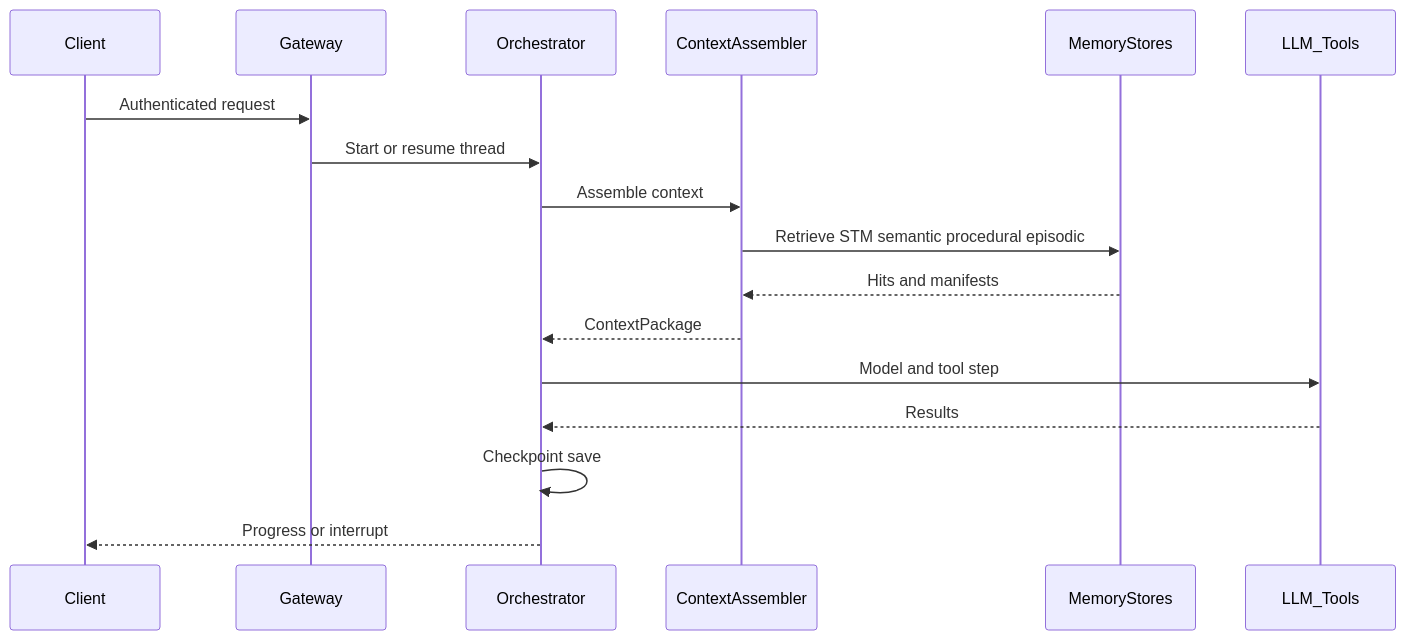
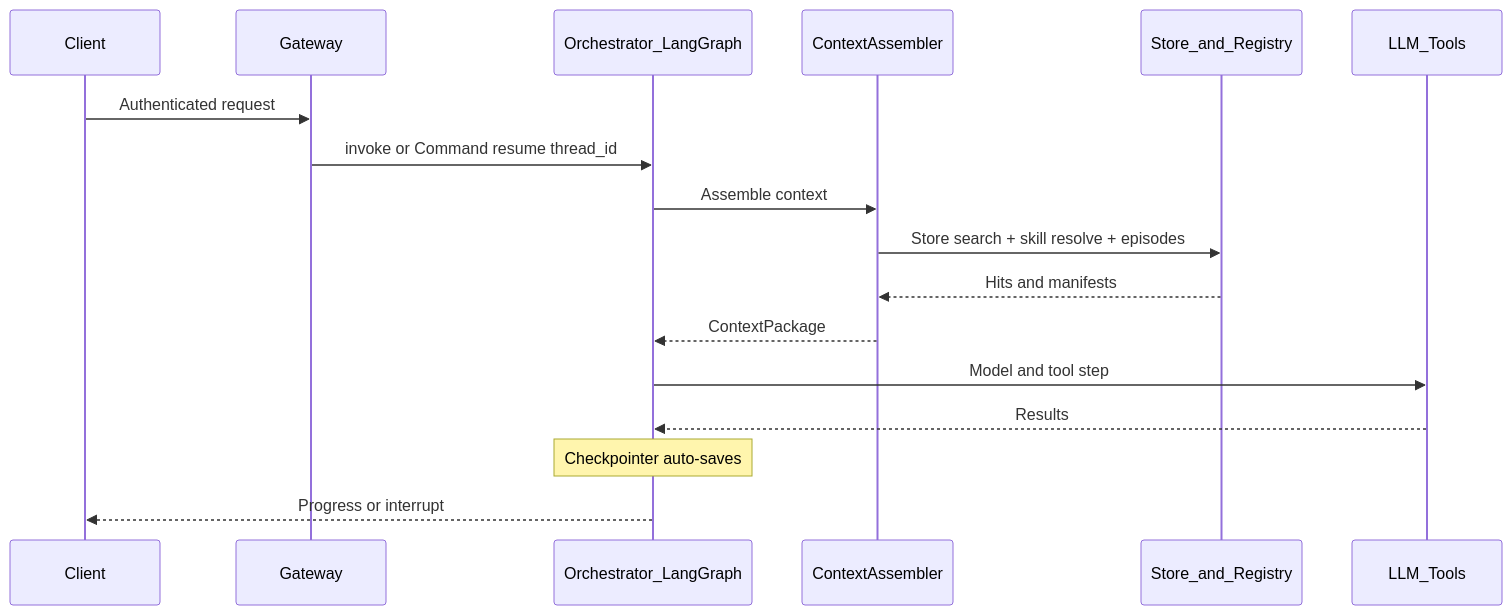
Before and after one commit to shivank22/ICE: the diagram in SKILLS/backend/assets/diagrams/01-request-sequence.mmd, drawn with Mermaid. The commit also changed 93 other files, not shown here.

```diff
--- a/SKILLS/backend/assets/diagrams/01-request-sequence.mmd
+++ b/SKILLS/backend/assets/diagrams/01-request-sequence.mmd
@@ -1,18 +1,18 @@
-%% Request sequence — happy path
+%% Request sequence — happy path on LangGraph
 sequenceDiagram
   participant C as Client
   participant G as Gateway
-  participant O as Orchestrator
+  participant O as Orchestrator_LangGraph
   participant A as ContextAssembler
-  participant M as MemoryStores
+  participant S as Store_and_Registry
   participant L as LLM_Tools
   C->>G: Authenticated request
-  G->>O: Start or resume thread
+  G->>O: invoke or Command resume thread_id
   O->>A: Assemble context
-  A->>M: Retrieve STM semantic procedural episodic
-  M-->>A: Hits and manifests
+  A->>S: Store search + skill resolve + episodes
+  S-->>A: Hits and manifests
   A-->>O: ContextPackage
   O->>L: Model and tool step
   L-->>O: Results
-  O->>O: Checkpoint save
+  Note over O: Checkpointer auto-saves
   O-->>C: Progress or interrupt
```
